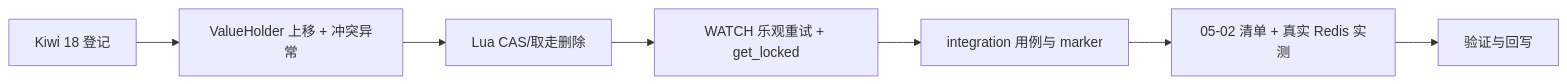
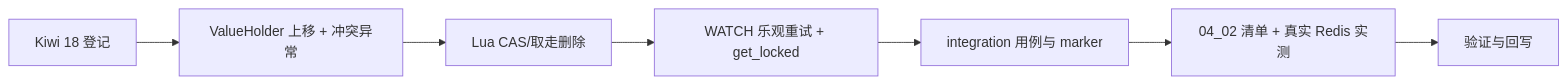
One commit to minjian123/basic-management-system changed the diagram in bms文档/项目/01_项目骨架/任务/01_工程骨架/01_工程骨架_03_backend分层目录与职责/01_工程骨架_03_backend分层目录与职责_03_Redis复合操作与并发语义/实施/03_实施_01_Redis复合操作与并发语义.md. Above: the diagram before and after it, drawn with Mermaid. The commit also changed other lines of this file and 11 other files, not shown here.

````diff
--- a/bms文档/项目/01_项目骨架/任务/01_工程骨架/01_工程骨架_03_backend分层目录与职责/01_工程骨架_03_backend分层目录与职责_03_Redis复合操作与并发语义/实施/03_实施_01_Redis复合操作与并发语义.md
+++ b/bms文档/项目/01_项目骨架/任务/01_工程骨架/01_工程骨架_03_backend分层目录与职责/01_工程骨架_03_backend分层目录与职责_03_Redis复合操作与并发语义/实施/03_实施_01_Redis复合操作与并发语义.md
@@ -22,9 +22,9 @@
 ```mermaid
 flowchart LR
     A[Kiwi 18 登记] --> B[ValueHolder 上移 + 冲突异常]
     B --> C[Lua CAS/取走删除]
     C --> D[WATCH 乐观重试 + get_locked]
     D --> E[integration 用例与 marker]
-    E --> F[05-02 清单 + 真实 Redis 实测]
+    E --> F[04_02 清单 + 真实 Redis 实测]
     F --> G[验证与回写]
 ```
````
